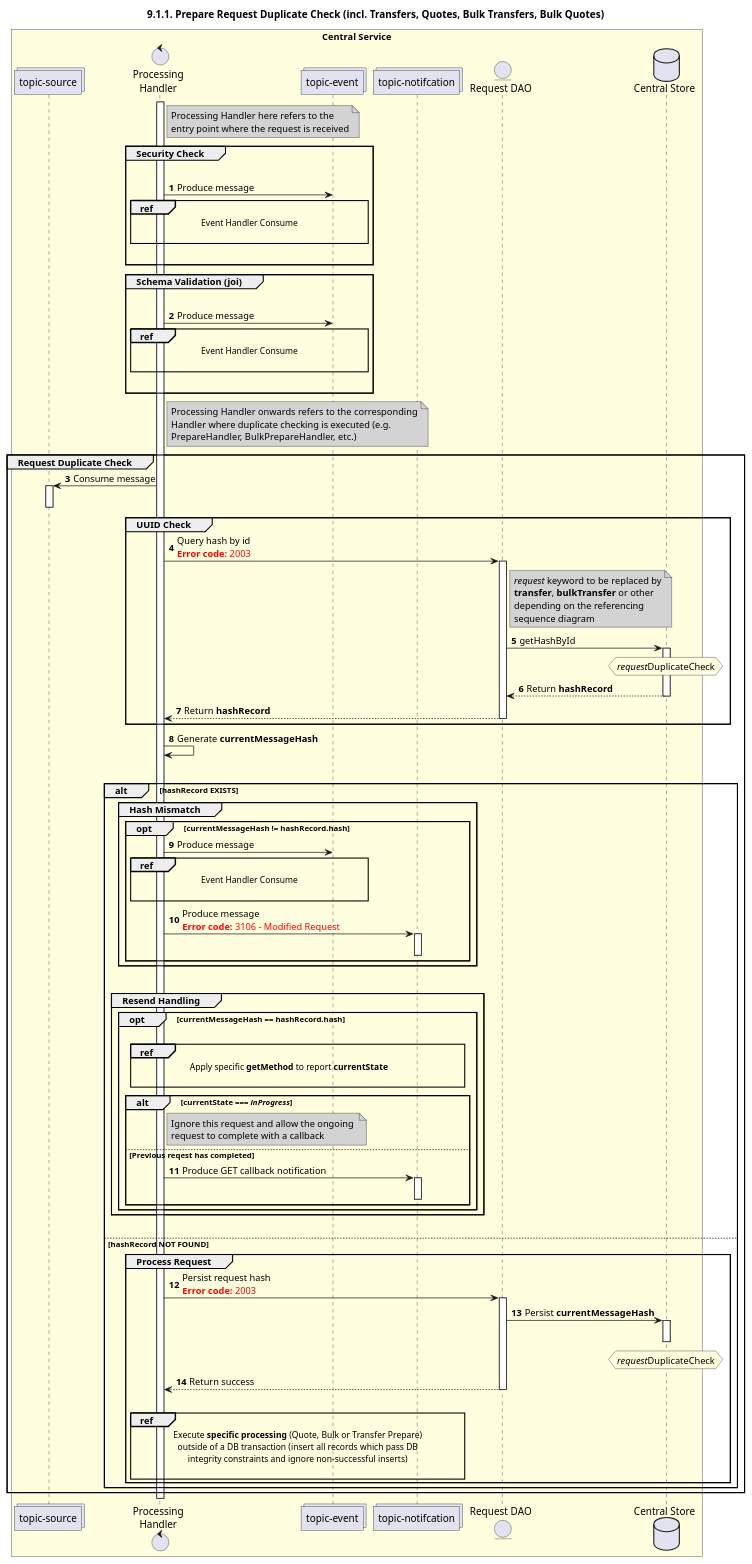
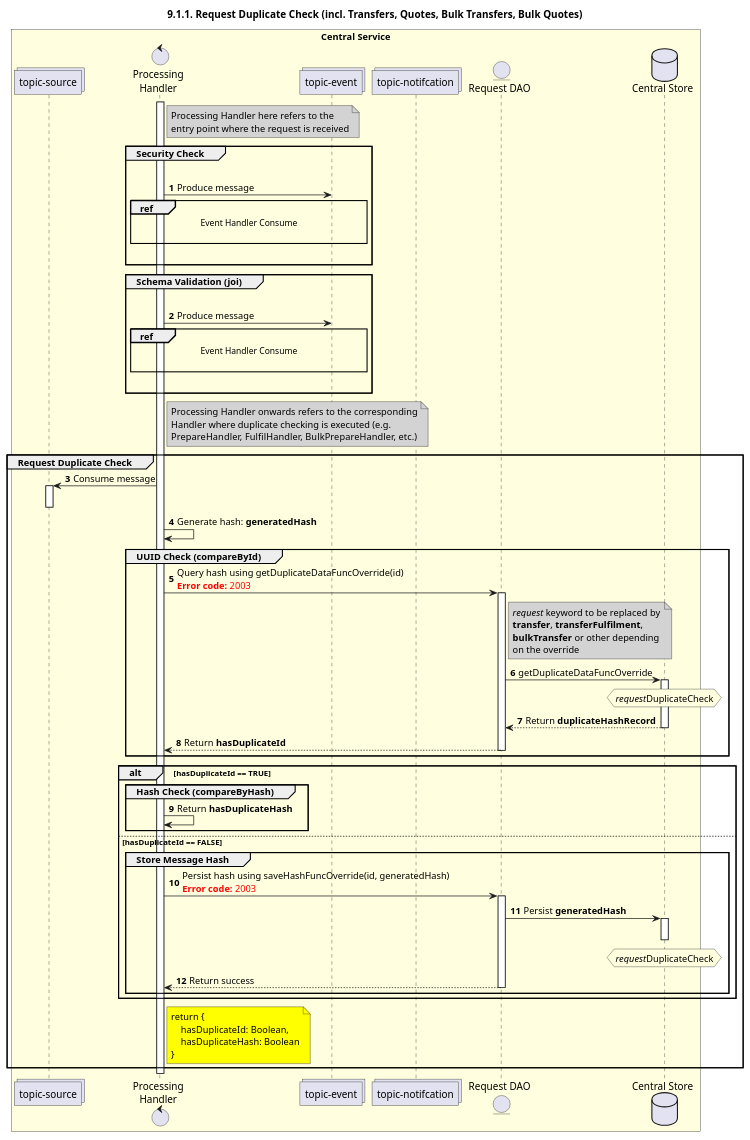
The diagram in mojaloop-technical-overview/central-ledger/assets/diagrams/sequence/seq-request-dup-check-9.1.1.plantuml (mojaloop/documentation), drawn with PlantUML before and after one commit. The commit also changed 7 other files, not shown here.

Commit message:
Request Duplicate Check Abstraction

```diff
--- a/mojaloop-technical-overview/central-ledger/assets/diagrams/sequence/seq-request-dup-check-9.1.1.plantuml
+++ b/mojaloop-technical-overview/central-ledger/assets/diagrams/sequence/seq-request-dup-check-9.1.1.plantuml
@@ -25,135 +25,112 @@
 @startuml
 ' declate title
-title 9.1.1. Prepare Request Duplicate Check (incl. Transfers, Quotes, Bulk Transfers, Bulk Quotes)
+title 9.1.1. Request Duplicate Check (incl. Transfers, Quotes, Bulk Transfers, Bulk Quotes)
 
 autonumber
 
 ' Actor Keys:
 '   boundary - APIs/Interfaces, etc
 '   collections - Kafka Topics
 '   control - Kafka Consumers
 '   entity - Database Access Objects
 '   database - Database Persistance Store
 
 ' declare actors
 collections "topic-source" as TOPIC_SOURCE
 control "Processing\nHandler" as HANDLER
 collections "topic-event" as TOPIC_EVENTS
 collections "topic-notifcation" as TOPIC_NOTIFICATION
 entity "Request DAO" as DAO
 database "Central Store" as DB
 
 box "Central Service" #LightYellow
     participant TOPIC_SOURCE
     participant HANDLER
     participant TOPIC_EVENTS
     participant TOPIC_NOTIFICATION
     participant DAO
     participant DB
 end box
 
 ' start flow
 activate HANDLER
 
 note right of HANDLER #lightgrey
     Processing Handler here refers to the
     entry point where the request is received
 end note
 
 group Security Check
     |||
     HANDLER -> TOPIC_EVENTS: Produce message
     ref over HANDLER, TOPIC_EVENTS: Event Handler Consume\n
     |||
 end
 
 group Schema Validation (joi)
     |||
     HANDLER -> TOPIC_EVENTS: Produce message
     ref over HANDLER, TOPIC_EVENTS: Event Handler Consume\n
     |||
 end
 
 note right of HANDLER #lightgrey
     Processing Handler onwards refers to the corresponding
     Handler where duplicate checking is executed (e.g. 
-    PrepareHandler, BulkPrepareHandler, etc.)
+    PrepareHandler, FulfilHandler, BulkPrepareHandler, etc.)
 end note
 
 group Request Duplicate Check
     TOPIC_SOURCE <- HANDLER: Consume message
     activate TOPIC_SOURCE
     deactivate TOPIC_SOURCE
 
-    group UUID Check
-        HANDLER -> DAO: Query hash by id\n<color #red><b>Error code:</b> 2003</color>
+    HANDLER -> HANDLER: Generate hash: **generatedHash**
+    group UUID Check (compareById)
+        HANDLER -> DAO: Query hash using getDuplicateDataFuncOverride(id)\n<color #red><b>Error code:</b> 2003</color>
         activate DAO
         note right of DAO #lightgrey
             //request// keyword to be replaced by
-            **transfer**, **bulkTransfer** or other
-            depending on the referencing 
-            sequence diagram
+            **transfer**, **transferFulfilment**, 
+            **bulkTransfer** or other depending 
+            on the override
         end note
-        DAO -> DB: getHashById
+        DAO -> DB: getDuplicateDataFuncOverride
         hnote over DB #lightyellow
             //request//DuplicateCheck
         end note
         activate DB
-        DB --> DAO: Return **hashRecord**
+        DB --> DAO: Return **duplicateHashRecord**
         deactivate DB
-        DAO --> HANDLER: Return **hashRecord**
+        DAO --> HANDLER: Return **hasDuplicateId**
         deactivate DAO
     end
     
-    HANDLER -> HANDLER: Generate **currentMessageHash**
-    |||
-    
-    alt hashRecord EXISTS
-        group Hash Mismatch
-            opt currentMessageHash != hashRecord.hash
-                HANDLER -> TOPIC_EVENTS: Produce message
-                ref over HANDLER, TOPIC_EVENTS: Event Handler Consume\n
-                HANDLER -> TOPIC_NOTIFICATION: Produce message\n<color #red><b>Error code:</b> 3106 - Modified Request</color>
-                activate TOPIC_NOTIFICATION
-                deactivate TOPIC_NOTIFICATION
-            end
+    alt hasDuplicateId == TRUE
+        group Hash Check (compareByHash)
+            HANDLER -> HANDLER: Return **hasDuplicateHash**
         end
-        |||
-
-        group Resend Handling
-            opt currentMessageHash == hashRecord.hash
-                |||
-                ref over HANDLER, TOPIC_NOTIFICATION: \tApply specific **getMethod** to report **currentState**\t\t\n
-                alt currentState === //inProgress//
-                    note right of HANDLER #lightgrey
-                        Ignore this request and allow the ongoing 
-                        request to complete with a callback
-                    end note
-                else Previous reqest has completed
-                    HANDLER -> TOPIC_NOTIFICATION: Produce GET callback notification
-                    activate TOPIC_NOTIFICATION
-                    deactivate TOPIC_NOTIFICATION
-                end
-            end
-        end
-        |||
-
-    else hashRecord NOT FOUND
-        group Process Request
-            HANDLER -> DAO: Persist request hash \n<color #FF0000><b>Error code:</b> 2003</color>
+    else hasDuplicateId == FALSE
+        group Store Message Hash
+            HANDLER -> DAO: Persist hash using saveHashFuncOverride(id, generatedHash)\n<color #FF0000><b>Error code:</b> 2003</color>
             activate DAO
-            DAO -> DB: Persist **currentMessageHash**
+            DAO -> DB: Persist **generatedHash**
             activate DB
             deactivate DB
             hnote over DB #lightyellow
                 //request//DuplicateCheck
             end note
             DAO --> HANDLER: Return success
             deactivate DAO
-            |||
-            ref over HANDLER, TOPIC_NOTIFICATION: Execute **specific processing** (Quote, Bulk or Transfer Prepare)\noutside of a DB transaction (insert all records which pass DB\nintegrity constraints and ignore non-successful inserts)\n
         end
     end
+
+    note right of HANDLER #yellow
+        return {
+            hasDuplicateId: Boolean,
+            hasDuplicateHash: Boolean
+        }
+    end note
 end
 
 @enduml
```
